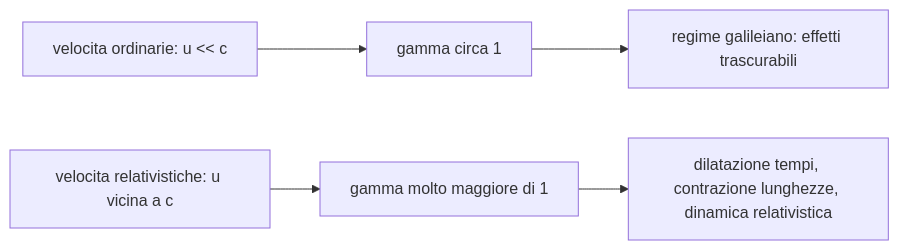
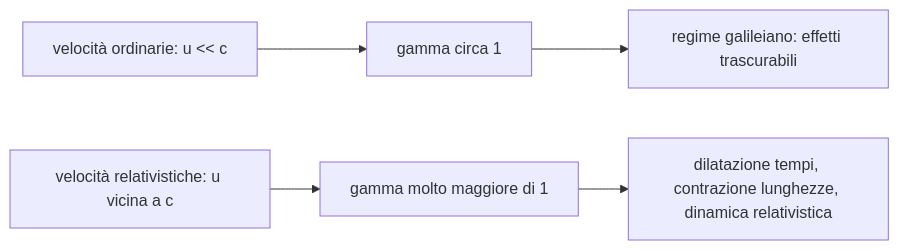
One commit to riccardo-algorime/appunti-5Bsa changed the diagram in fisica/materiali/appunti-verifica-fisica.md. Above: the diagram before and after it, drawn with Mermaid. The commit also changed other lines of this file, not shown here.

````diff
--- a/fisica/materiali/appunti-verifica-fisica.md
+++ b/fisica/materiali/appunti-verifica-fisica.md
@@ -246,7 +246,7 @@
 ```mermaid
 flowchart LR
-    A["velocita ordinarie: u << c"] --> B["gamma circa 1"]
+    A["velocità ordinarie: u << c"] --> B["gamma circa 1"]
     B --> C["regime galileiano: effetti trascurabili"]
-    D["velocita relativistiche: u vicina a c"] --> E["gamma molto maggiore di 1"]
+    D["velocità relativistiche: u vicina a c"] --> E["gamma molto maggiore di 1"]
     E --> F["dilatazione tempi, contrazione lunghezze, dinamica relativistica"]
 ```
````
